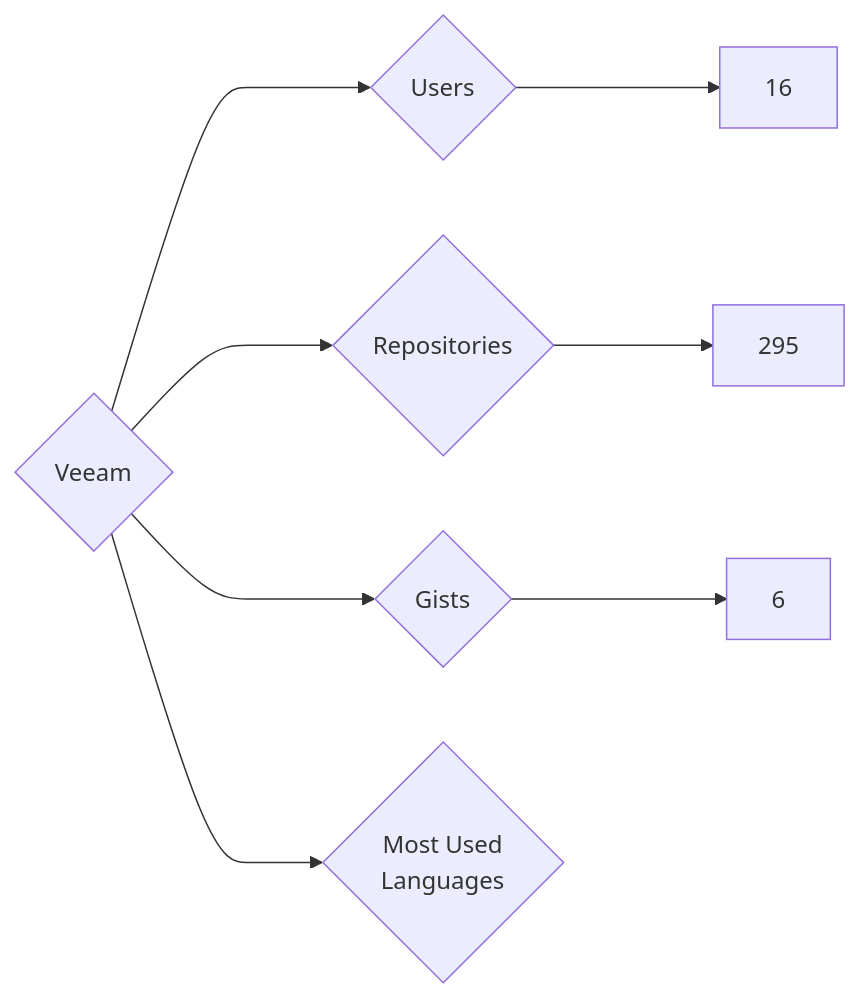
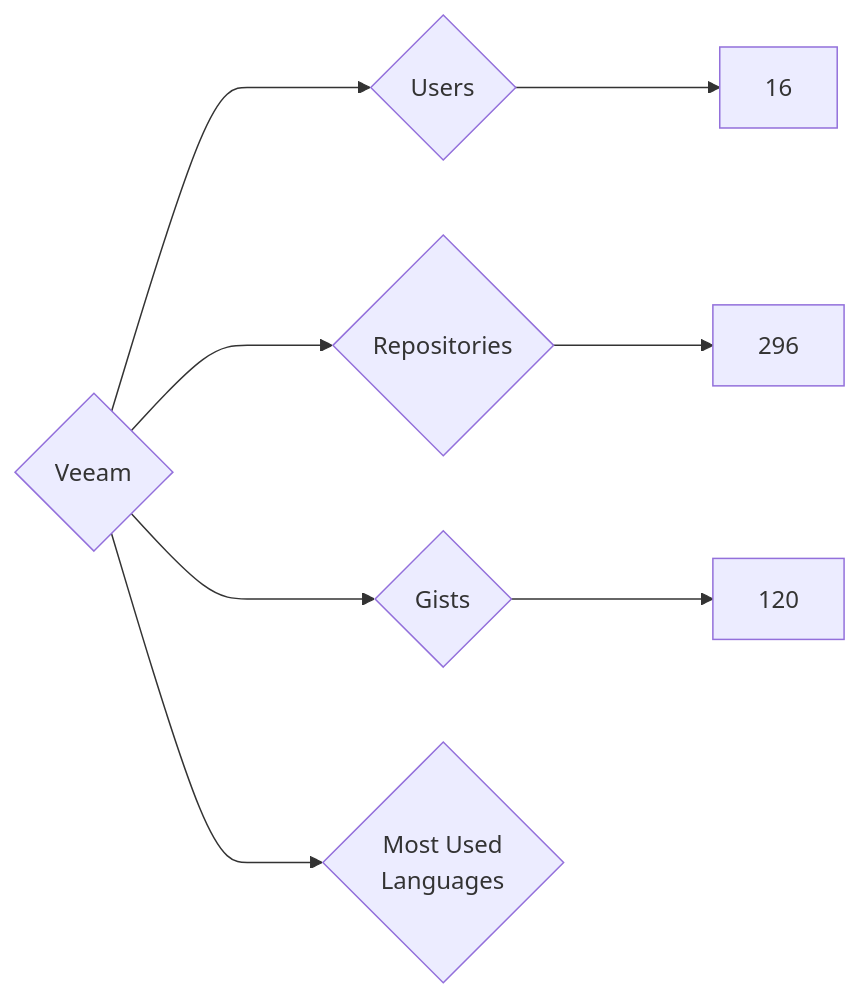
One commit to nenadzaric/insiders changed the diagram in targets/Veeam/README.md. Above: the diagram before and after it, drawn with Mermaid. The commit also changed 1342 other files, not shown here.

````diff
--- a/targets/Veeam/README.md
+++ b/targets/Veeam/README.md
@@ -3,8 +3,8 @@
 ```mermaid
 graph LR
 COMPANY_NAME{Veeam}
 COMPANY_NAME ---> U{Users} ---> UN[16]
-COMPANY_NAME ---> R{Repositories} ---> RN[295]
-COMPANY_NAME ---> G{Gists} ---> GN[6]
+COMPANY_NAME ---> R{Repositories} ---> RN[296]
+COMPANY_NAME ---> G{Gists} ---> GN[120]
 COMPANY_NAME ---> ML{Most Used<br>Languages}
 ```
````
